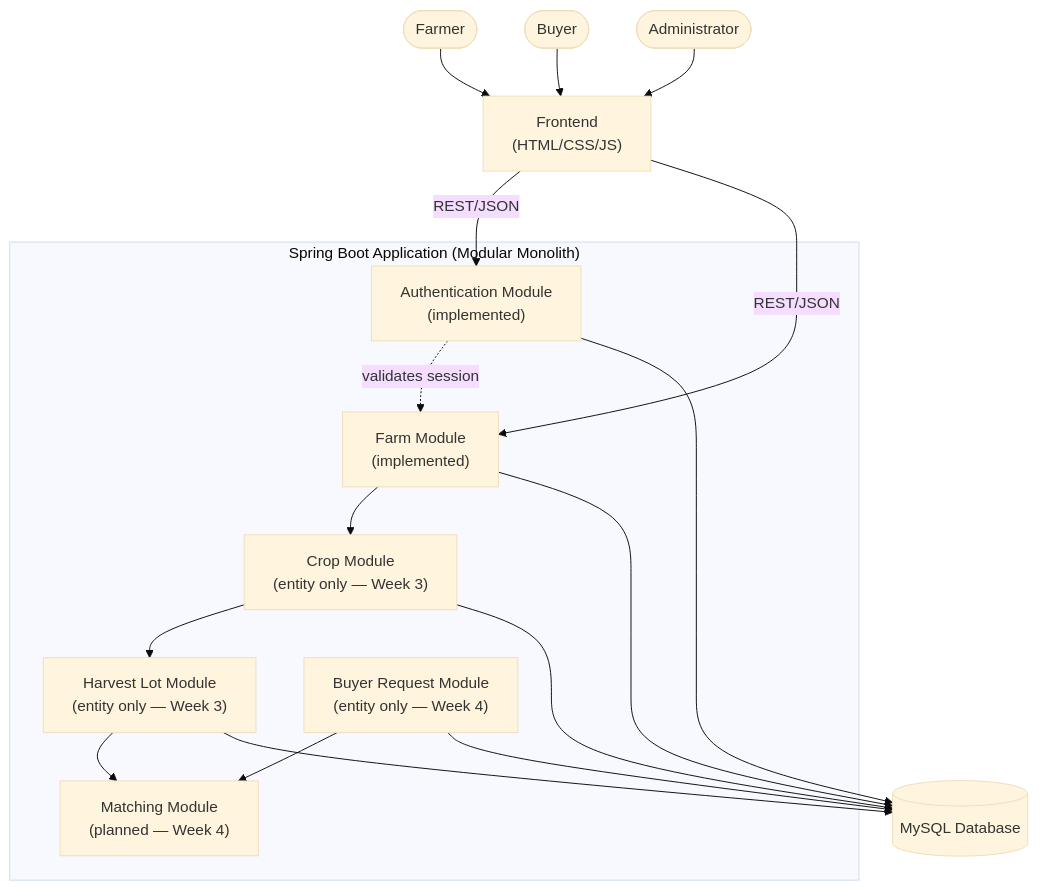
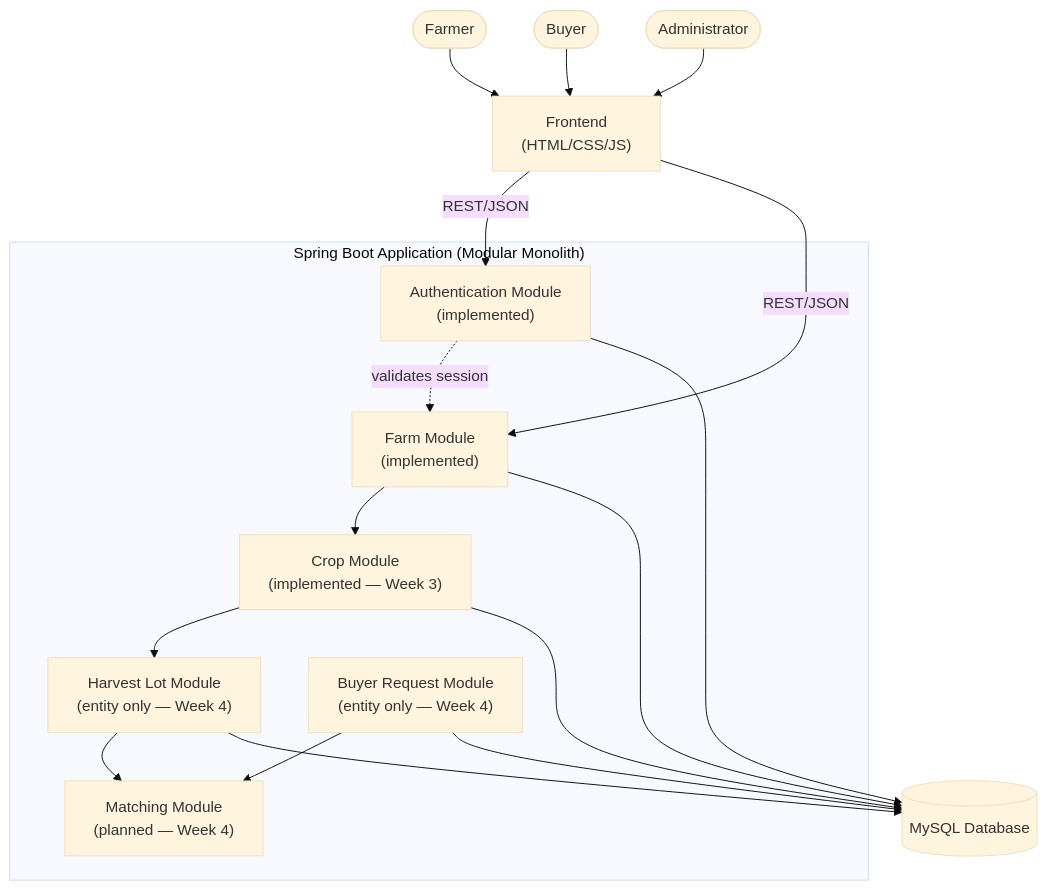
The diagram in docs/diagrams/component-interaction.md (karmankaurnayyar/AgriBridge), drawn with Mermaid (base theme) before and after one commit. The commit also changed 21 other files, not shown here.

````diff
--- a/docs/diagrams/component-interaction.md
+++ b/docs/diagrams/component-interaction.md
@@ -3,38 +3,38 @@
 ```mermaid
 flowchart TB
     Farmer(["Farmer"])
     Buyer(["Buyer"])
     Admin(["Administrator"])
 
     Frontend["Frontend<br/>(HTML/CSS/JS)"]
 
     subgraph App["Spring Boot Application (Modular Monolith)"]
         Auth["Authentication Module<br/>(implemented)"]
         FarmMod["Farm Module<br/>(implemented)"]
-        CropMod["Crop Module<br/>(entity only — Week 3)"]
-        LotMod["Harvest Lot Module<br/>(entity only — Week 3)"]
+        CropMod["Crop Module<br/>(implemented — Week 3)"]
+        LotMod["Harvest Lot Module<br/>(entity only — Week 4)"]
         BuyerMod["Buyer Request Module<br/>(entity only — Week 4)"]
         MatchMod["Matching Module<br/>(planned — Week 4)"]
     end
 
     DB[("MySQL Database")]
 
     Farmer --> Frontend
     Buyer --> Frontend
     Admin --> Frontend
 
     Frontend -->|REST/JSON| Auth
     Frontend -->|REST/JSON| FarmMod
 
     Auth -.validates session.-> FarmMod
     FarmMod --> CropMod
     CropMod --> LotMod
     BuyerMod --> MatchMod
     LotMod --> MatchMod
 
     Auth --> DB
     FarmMod --> DB
     CropMod --> DB
     LotMod --> DB
     BuyerMod --> DB
 ```
````
